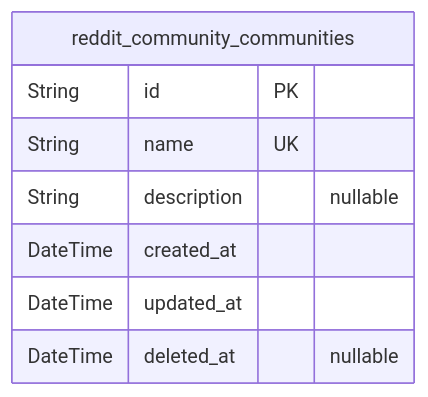
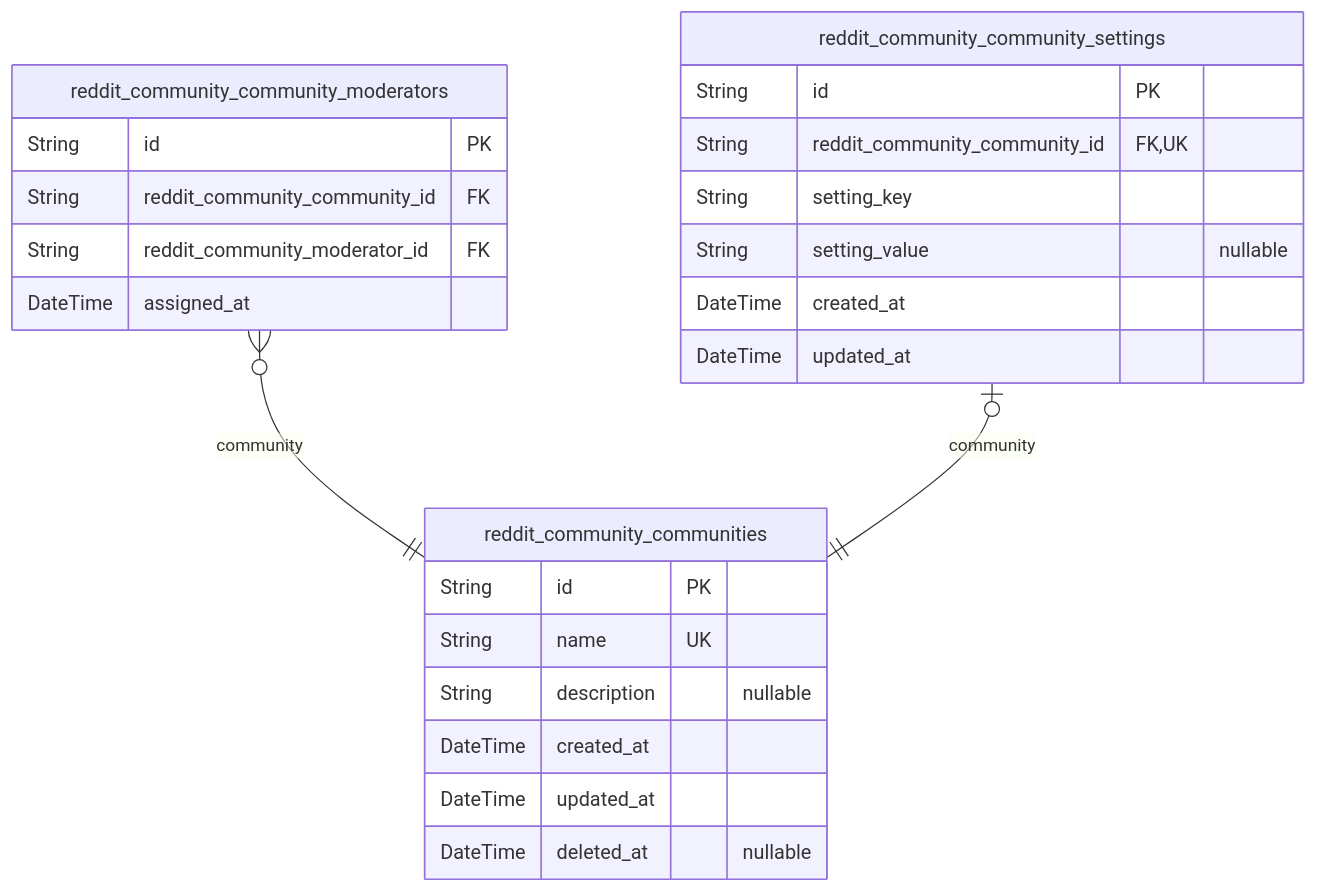
One commit to wrtnlabs/autobe-examples changed the third of 8 diagrams in openai/gpt-4.1-mini/reddit/docs/ERD.md. Above: the diagram before and after it, drawn with Mermaid. The commit also changed other lines of this file and 16146 other files, not shown here.

````diff
--- a/openai/gpt-4.1-mini/reddit/docs/ERD.md
+++ b/openai/gpt-4.1-mini/reddit/docs/ERD.md
@@ -121,11 +269,27 @@
 ```mermaid
 erDiagram
 "reddit_community_communities" {
   String id PK
   String name UK
   String description "nullable"
   DateTime created_at
   DateTime updated_at
   DateTime deleted_at "nullable"
 }
+"reddit_community_community_moderators" {
+  String id PK
+  String reddit_community_community_id FK
+  String reddit_community_moderator_id FK
+  DateTime assigned_at
+}
+"reddit_community_community_settings" {
+  String id PK
+  String reddit_community_community_id FK,UK
+  String setting_key
+  String setting_value "nullable"
+  DateTime created_at
+  DateTime updated_at
+}
+"reddit_community_community_moderators" }o--|| "reddit_community_communities" : community
+"reddit_community_community_settings" |o--|| "reddit_community_communities" : community
 ```
````
